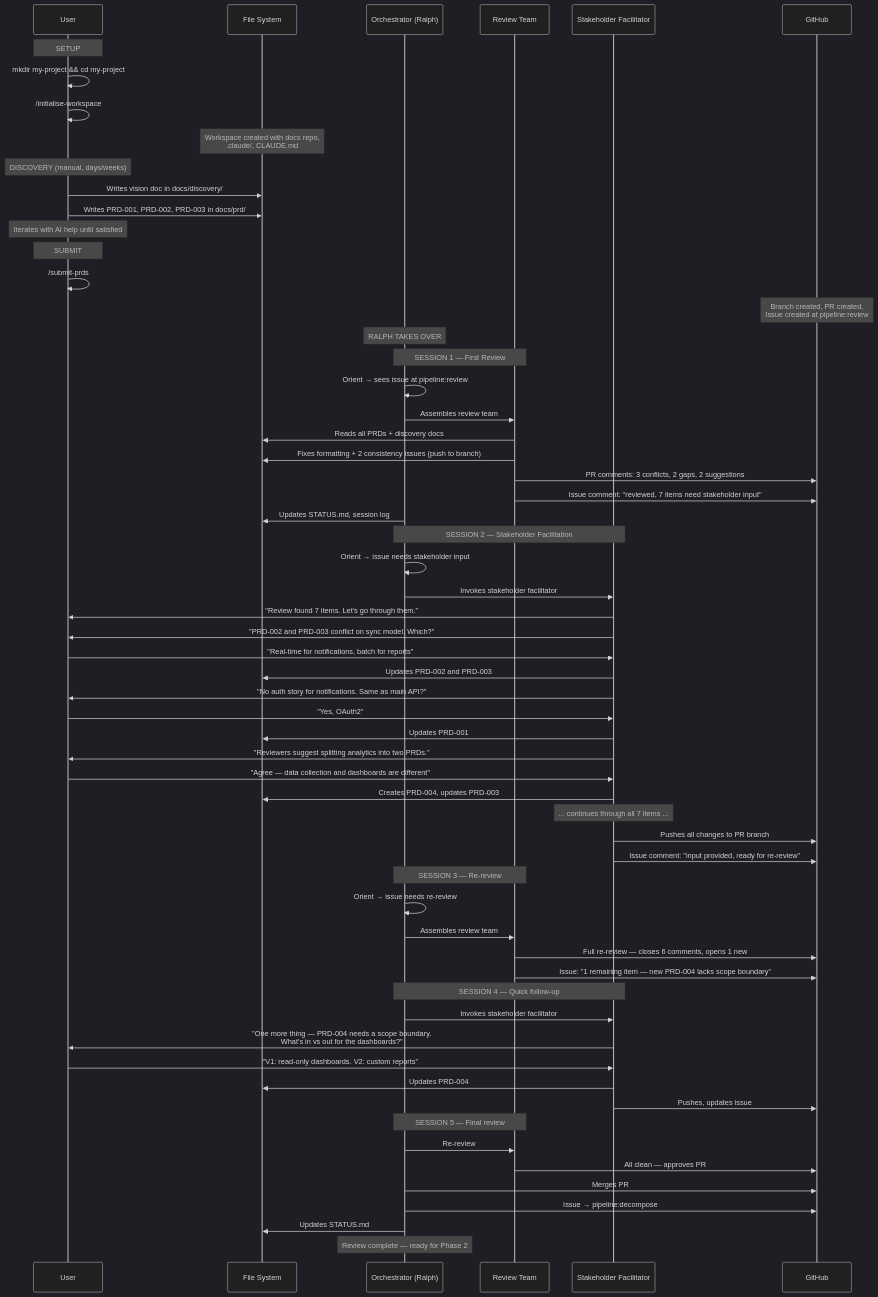
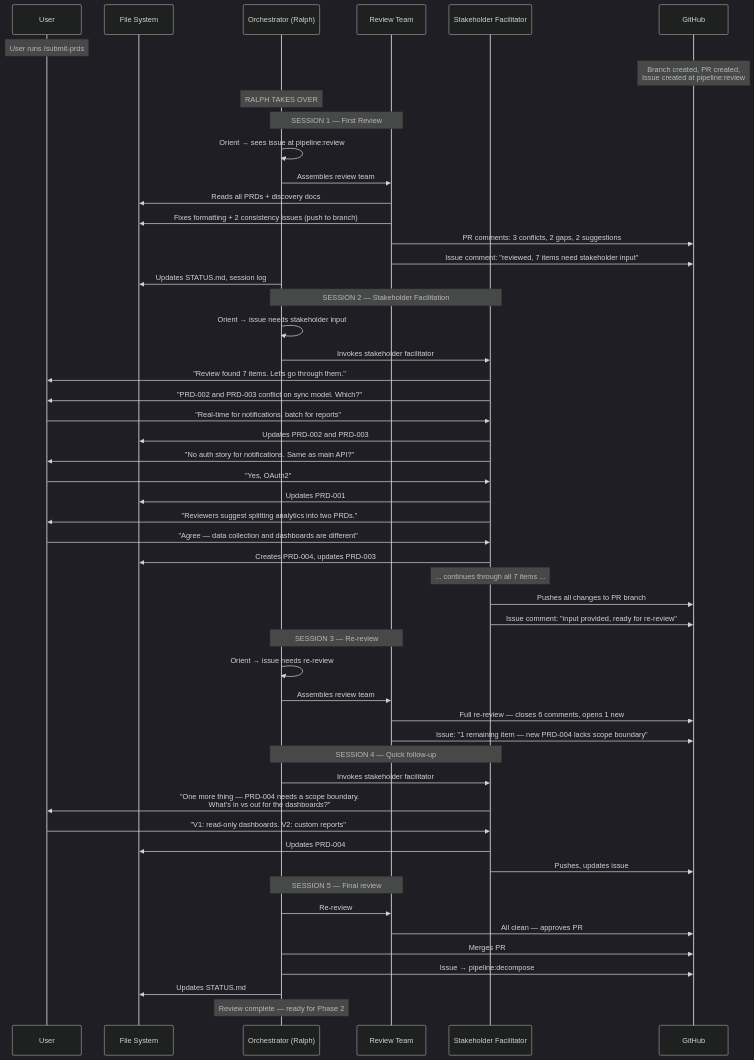
Before and after one commit to themachinagod/andgasm-claude-orchestration-project: the sixth of 12 diagrams in docs/research/pipeline-redesign-v2.md, drawn with Mermaid (dark theme). The commit also changed other lines of this file and 17 other files, not shown here.

````diff
--- a/docs/research/pipeline-redesign-v2.md
+++ b/docs/research/pipeline-redesign-v2.md
@@ -350,76 +351,65 @@
 ```mermaid
 sequenceDiagram
     participant U as User
     participant FS as File System
     participant O as Orchestrator (Ralph)
     participant RT as Review Team
     participant SF as Stakeholder Facilitator
     participant GH as GitHub
 
-    Note over U: SETUP
-    U->>U: mkdir my-project && cd my-project
-    U->>U: /initialise-workspace
-    Note over FS: Workspace created with docs repo,<br/>.claude/, CLAUDE.md
-
-    Note over U: DISCOVERY (manual, days/weeks)
-    U->>FS: Writes vision doc in docs/discovery/
-    U->>FS: Writes PRD-001, PRD-002, PRD-003 in docs/prd/
-    Note over U: Iterates with AI help until satisfied
-
-    Note over U: SUBMIT
-    U->>U: /submit-prds
+    Note over U: User runs /submit-prds
     Note over GH: Branch created, PR created,<br/>Issue created at pipeline:review
 
     Note over O: RALPH TAKES OVER
 
     Note over O,RT: SESSION 1 — First Review
     O->>O: Orient → sees issue at pipeline:review
     O->>RT: Assembles review team
     RT->>FS: Reads all PRDs + discovery docs
     RT->>FS: Fixes formatting + 2 consistency issues (push to branch)
     RT->>GH: PR comments: 3 conflicts, 2 gaps, 2 suggestions
     RT->>GH: Issue comment: "reviewed, 7 items need stakeholder input"
     O->>FS: Updates STATUS.md, session log
 
     Note over O,SF: SESSION 2 — Stakeholder Facilitation
     O->>O: Orient → issue needs stakeholder input
     O->>SF: Invokes stakeholder facilitator
 
     SF->>U: "Review found 7 items. Let's go through them."
     SF->>U: "PRD-002 and PRD-003 conflict on sync model. Which?"
     U->>SF: "Real-time for notifications, batch for reports"
     SF->>FS: Updates PRD-002 and PRD-003
 
     SF->>U: "No auth story for notifications. Same as main API?"
     U->>SF: "Yes, OAuth2"
     SF->>FS: Updates PRD-001
 
     SF->>U: "Reviewers suggest splitting analytics into two PRDs."
     U->>SF: "Agree — data collection and dashboards are different"
     SF->>FS: Creates PRD-004, updates PRD-003
 
     Note over SF: ... continues through all 7 items ...
     SF->>GH: Pushes all changes to PR branch
     SF->>GH: Issue comment: "input provided, ready for re-review"
 
     Note over O,RT: SESSION 3 — Re-review
     O->>O: Orient → issue needs re-review
     O->>RT: Assembles review team
     RT->>GH: Full re-review — closes 6 comments, opens 1 new
     RT->>GH: Issue: "1 remaining item — new PRD-004 lacks scope boundary"
 
     Note over O,SF: SESSION 4 — Quick follow-up
     O->>SF: Invokes stakeholder facilitator
     SF->>U: "One more thing — PRD-004 needs a scope boundary.<br/>What's in vs out for the dashboards?"
     U->>SF: "V1: read-only dashboards. V2: custom reports"
     SF->>FS: Updates PRD-004
     SF->>GH: Pushes, updates issue
 
     Note over O,RT: SESSION 5 — Final review
     O->>RT: Re-review
     RT->>GH: All clean — approves PR
     O->>GH: Merges PR
     O->>GH: Issue → pipeline:decompose
     O->>FS: Updates STATUS.md
     Note over O: Review complete — ready for Phase 2
 ```
````
